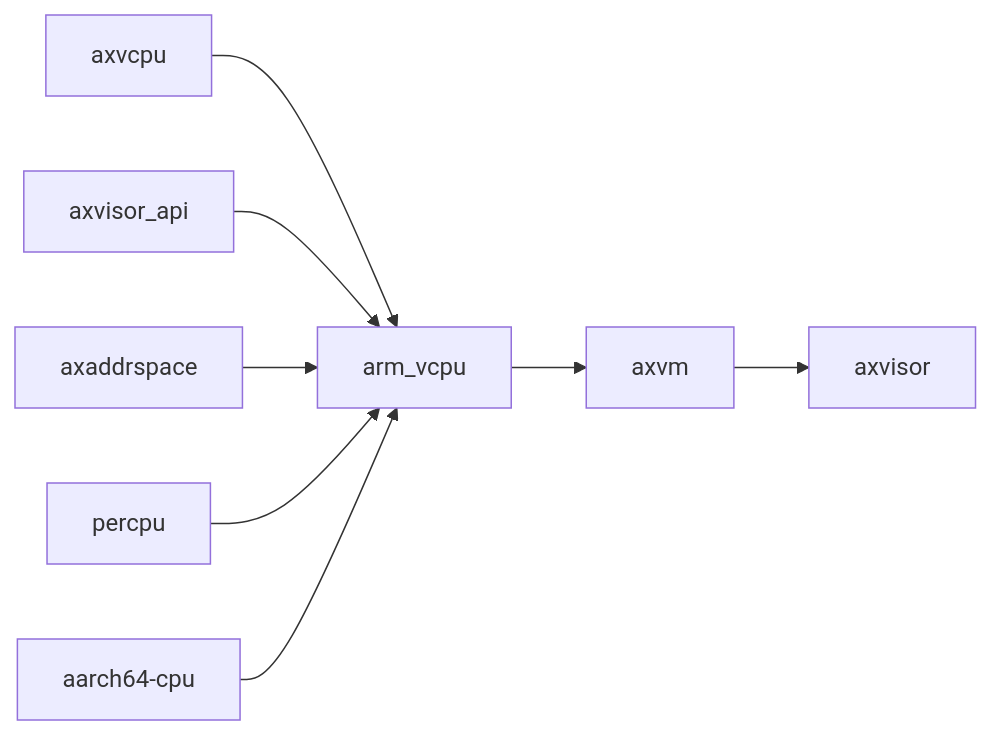
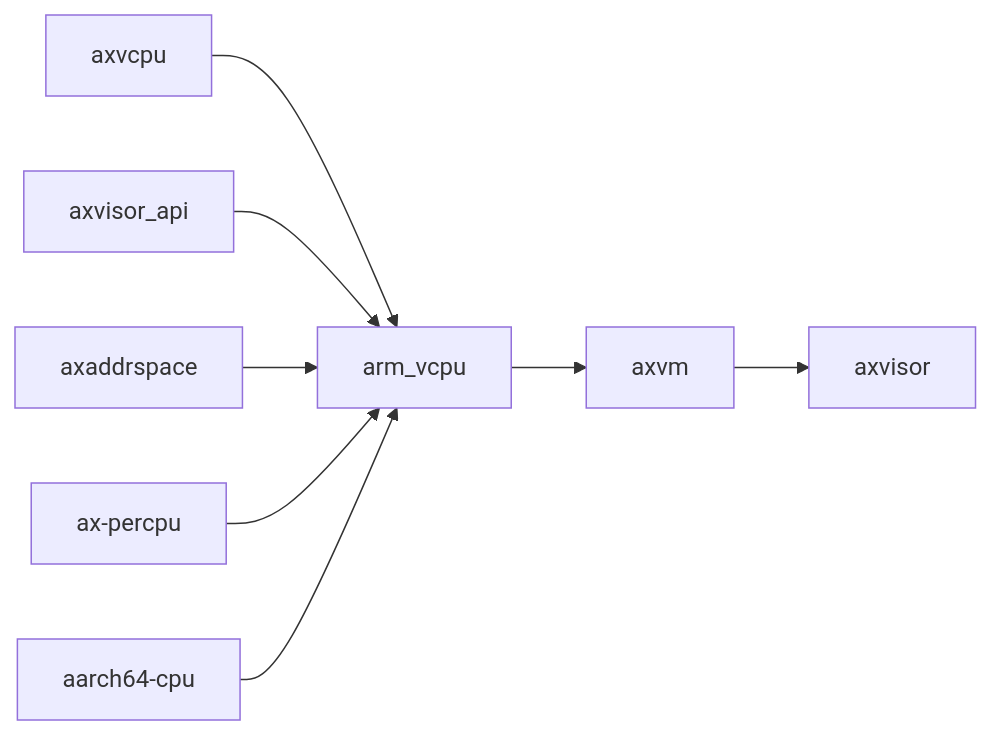
The second of 3 diagrams in docs/crates/arm_vcpu.md (zKurisu/tgoskits), drawn with Mermaid before and after one commit. The commit also changed other lines of this file and 71 other files, not shown here.

````diff
--- a/docs/crates/arm_vcpu.md
+++ b/docs/crates/arm_vcpu.md
@@ -114,11 +114,11 @@
 ```mermaid
 graph LR
     axvcpu["axvcpu"] --> current["arm_vcpu"]
     axvisor_api["axvisor_api"] --> current
     axaddrspace["axaddrspace"] --> current
-    percpu["percpu"] --> current
+    ax-percpu["ax-percpu"] --> current
     aarch64_cpu["aarch64-cpu"] --> current
 
     current --> axvm["axvm"]
     axvm --> axvisor["axvisor"]
 ```
````
